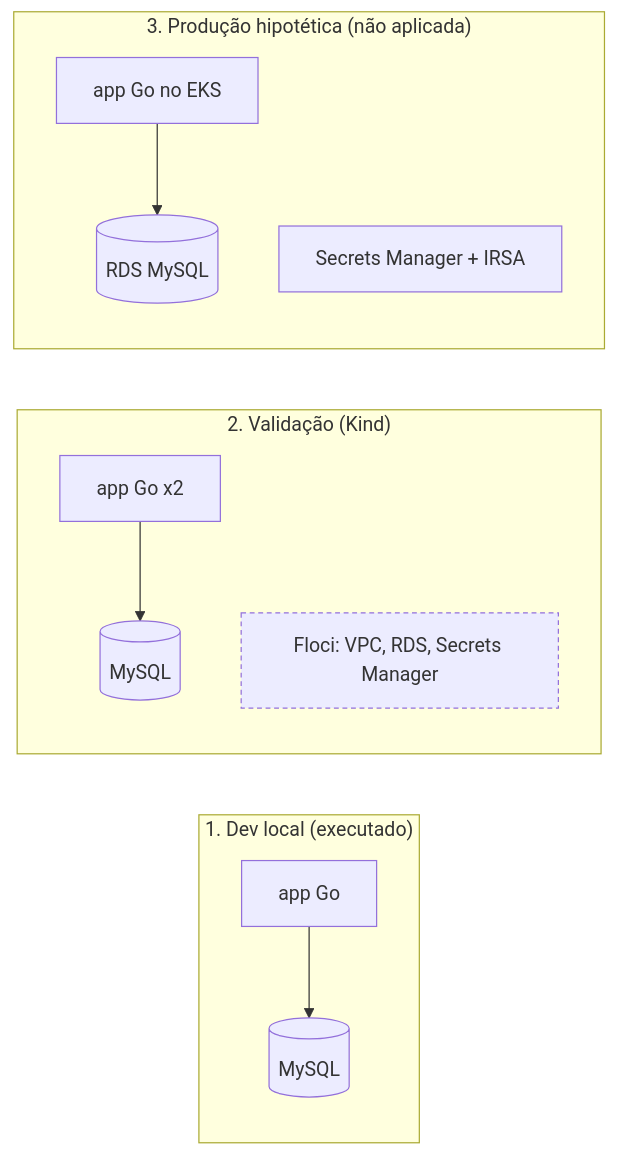
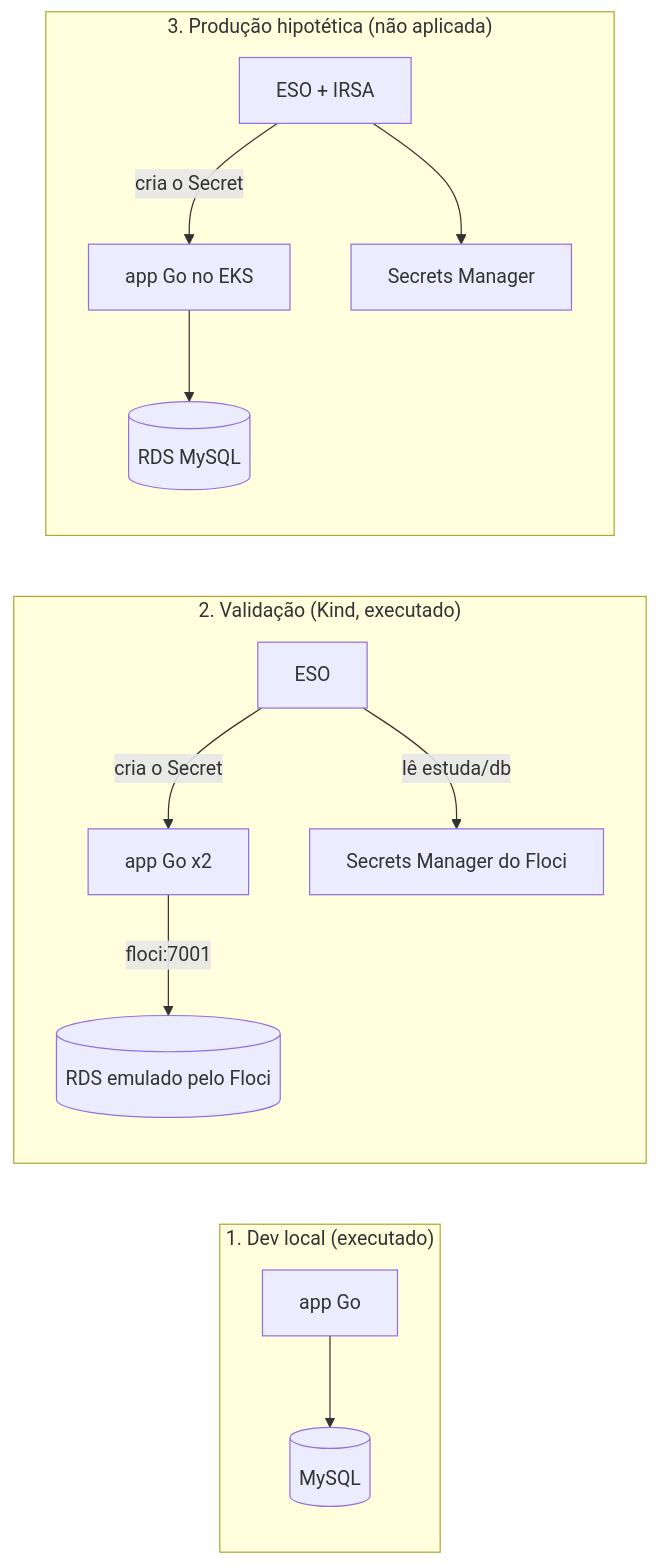
Before and after one commit to fsmoreno/case-study: the first of 2 diagrams in README.md, drawn with Mermaid. The commit also changed other lines of this file and 18 other files, not shown here.

````diff
--- a/README.md
+++ b/README.md
@@ -11,15 +17,16 @@
 ```mermaid
 flowchart LR
   subgraph Dev["1. Dev local (executado)"]
     A1[app Go] --> M1[(MySQL)]
   end
-  subgraph Val["2. Validação (Kind)"]
-    A2[app Go x2] --> DB2[(MySQL)]
-    F[Floci: VPC, RDS, Secrets Manager]:::emul
+  subgraph Val["2. Validação (Kind, executado)"]
+    A2[app Go x2] -->|floci:7001| F[(RDS emulado pelo Floci)]
+    ESO[ESO] -->|lê estuda/db| SM[Secrets Manager do Floci]
+    ESO -->|cria o Secret| A2
   end
   subgraph Prod["3. Produção hipotética (não aplicada)"]
     A3[app Go no EKS] --> R[(RDS MySQL)]
-    S[Secrets Manager + IRSA]
+    ESO3[ESO + IRSA] --> SM3[Secrets Manager]
+    ESO3 -->|cria o Secret| A3
   end
-  classDef emul stroke-dasharray: 4 3
 ```
````
